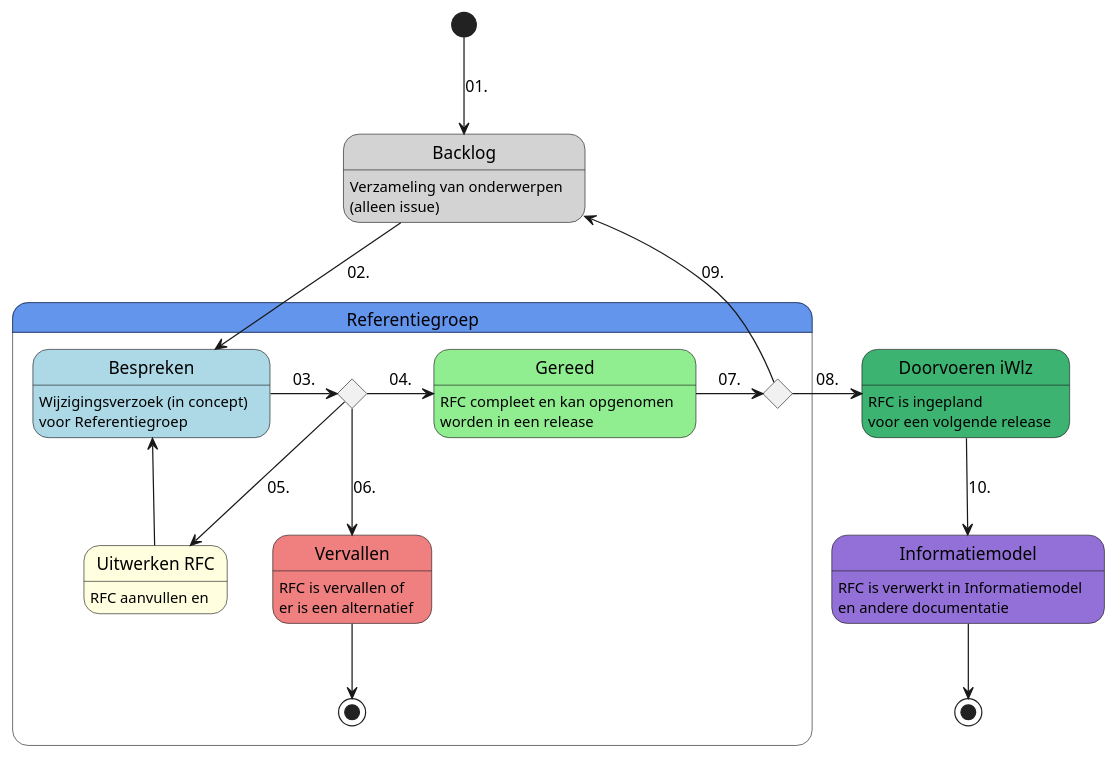
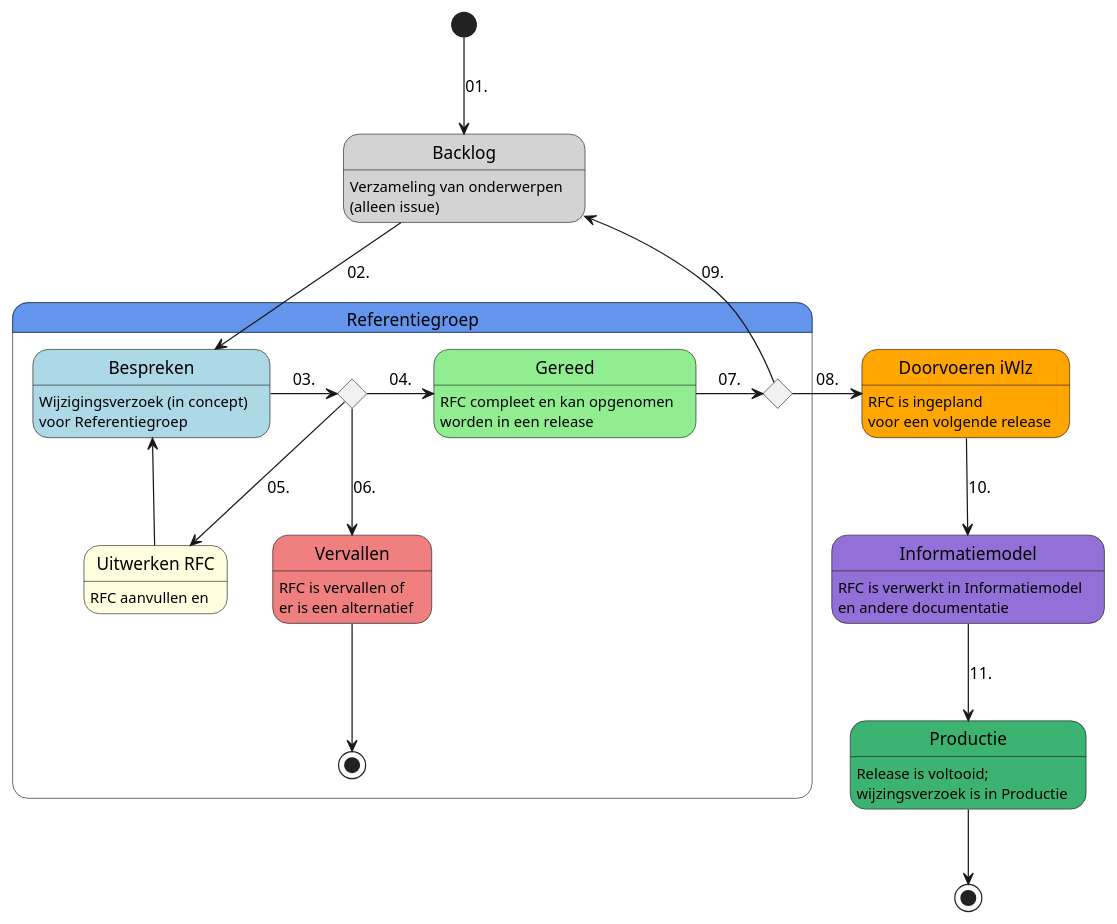
Before and after one commit to iStandaarden/iWlz_RequestForChange: the diagram in src/Wijzigingsverzoek_flow.puml, drawn with PlantUML. The commit also changed 2 other files, not shown here.

```diff
--- a/src/Wijzigingsverzoek_flow.puml
+++ b/src/Wijzigingsverzoek_flow.puml
@@ -1,39 +1,41 @@
 @startuml Workflow Request for Changes iStandaard
 
 state Backlog #LightGray : Verzameling van onderwerpen \n(alleen issue)
 
  [*] --> Backlog : 01.
 
 state Referentiegroep #CornflowerBlue {
     state Bespreken #LightBlue: Wijzigingsverzoek (in concept) \nvoor Referentiegroep
     state refgrp <<choice>>
     state "Uitwerken RFC" as uitwerken #LightYellow : RFC aanvullen en 
     state Gereed #LightGreen : RFC compleet en kan opgenomen \nworden in een release
     state refgrp_besluit <<choice>>
     state Vervallen #LightCoral : RFC is vervallen of \ner is een alternatief
 
     Backlog --> Bespreken : 02.
     Bespreken -> refgrp : 03.
 
     refgrp -> Gereed : 04.
     refgrp -> uitwerken : 05.
     refgrp --> Vervallen : 06.
 
     uitwerken -up-> Bespreken
 
     Gereed -> refgrp_besluit : 07.
     
     Backlog <-- refgrp_besluit : 09.
 
     Vervallen --> [*]
 }
 
-state "Doorvoeren iWlz" as planned #MediumSeaGreen : RFC is ingepland \nvoor een volgende release
+state "Doorvoeren iWlz" as planned #Orange : RFC is ingepland \nvoor een volgende release
+    refgrp_besluit -right-> planned : 08.
+
 state "Informatiemodel" #MediumPurple : RFC is verwerkt in Informatiemodel \nen andere documentatie
-
-    refgrp_besluit -right-> planned : 08.
     planned --> Informatiemodel: 10.
 
-    Informatiemodel --> [*]
+state "Productie" #MediumSeaGreen : Release is voltooid; \nwijzingsverzoek is in Productie
+    Informatiemodel --> Productie : 11.
+    Productie --> [*]
 
 @enduml
```
